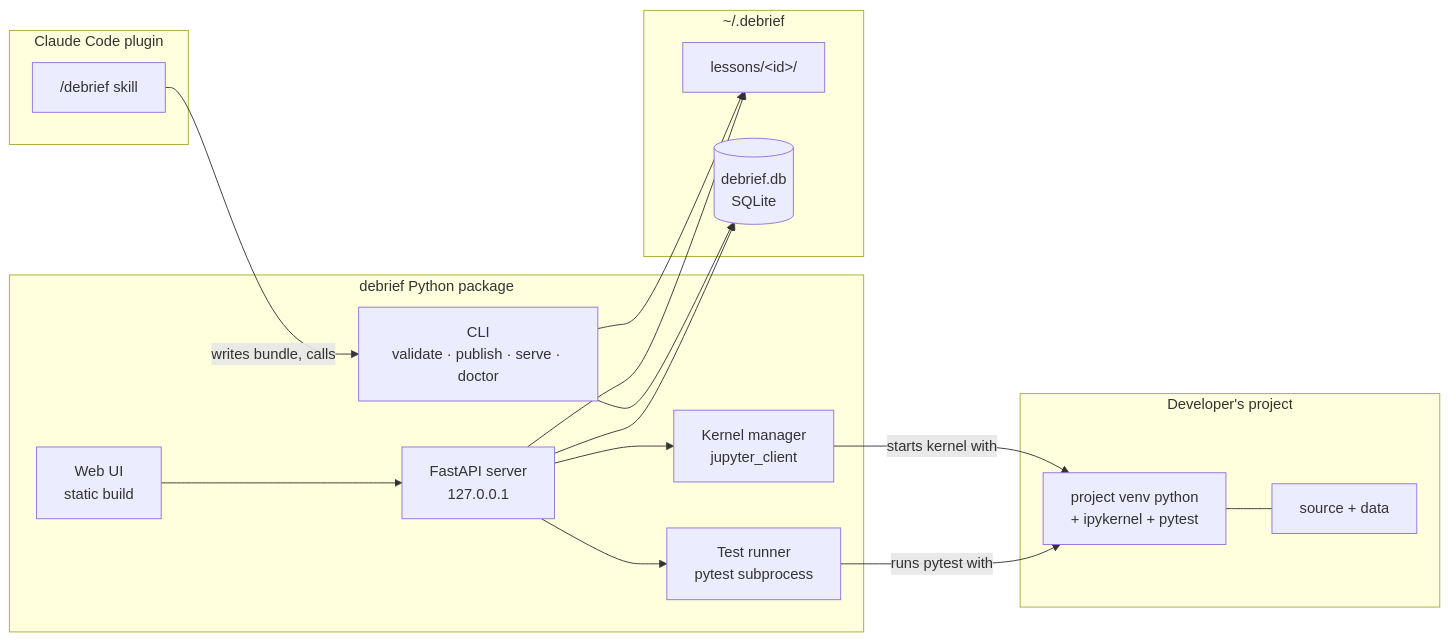
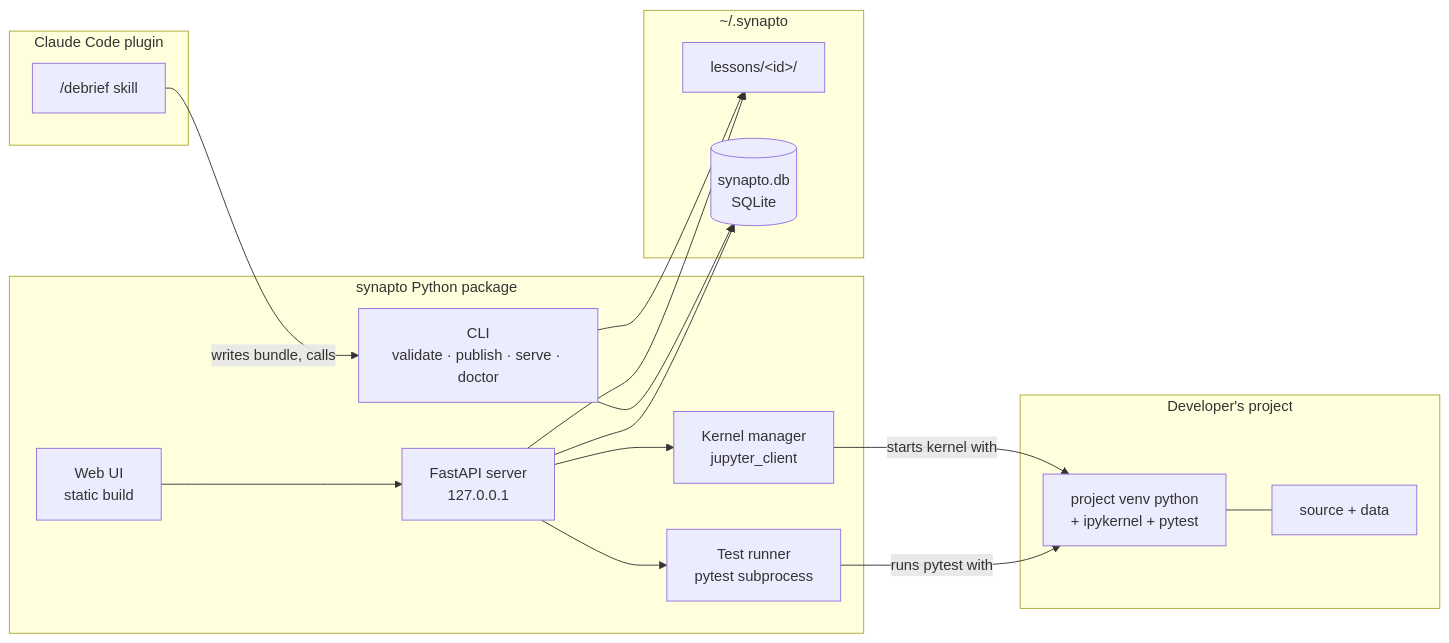
Before and after one commit to rick-scheper/synapto: the second of 2 diagrams in docs/spec.md, drawn with Mermaid. The commit also changed other lines of this file and 51 other files, not shown here.

````diff
--- a/docs/spec.md
+++ b/docs/spec.md
@@ -61,33 +61,33 @@
 ```mermaid
 flowchart LR
     subgraph Plugin["Claude Code plugin"]
         S["/debrief skill"]
     end
-    subgraph Pkg["debrief Python package"]
+    subgraph Pkg["synapto Python package"]
         CLI["CLI\nvalidate · publish · serve · doctor"]
         API["FastAPI server\n127.0.0.1"]
         KM["Kernel manager\njupyter_client"]
         TR["Test runner\npytest subprocess"]
         WEB["Web UI\nstatic build"]
     end
-    subgraph Home["~/.debrief"]
+    subgraph Home["~/.synapto"]
         L["lessons/&lt;id&gt;/"]
-        DB[("debrief.db\nSQLite")]
+        DB[("synapto.db\nSQLite")]
     end
     subgraph Proj["Developer's project"]
         PY["project venv python\n+ ipykernel + pytest"]
         SRC["source + data"]
     end
 
     S -->|writes bundle, calls| CLI
     CLI --> L
     CLI --> DB
     API --> L
     API --> DB
     API --> KM
     API --> TR
     KM -->|starts kernel with| PY
     TR -->|runs pytest with| PY
     PY --- SRC
     WEB --> API
 ```
````
